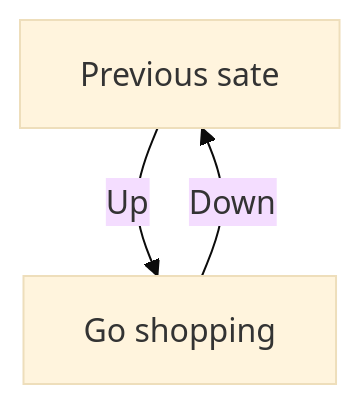
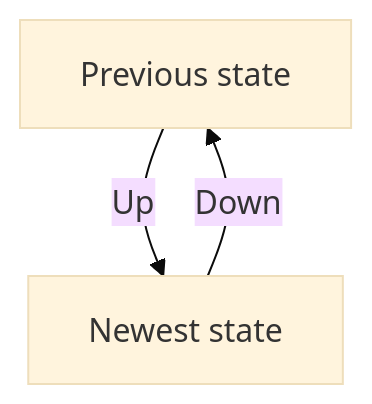
The diagram in docs/databases/relational_databases/migrations.md (johanbook/docs), drawn with Mermaid (base theme) before and after one commit. The commit also changed 3 other files, not shown here.

````diff
--- a/docs/databases/relational_databases/migrations.md
+++ b/docs/databases/relational_databases/migrations.md
@@ -14,5 +14,5 @@
 ```mermaid
 graph TD
-    A[Previous sate] -->|Up| B[Go shopping]
+    A[Previous state] -->|Up| B[Newest state]
     B -->|Down| A
 ```
````
